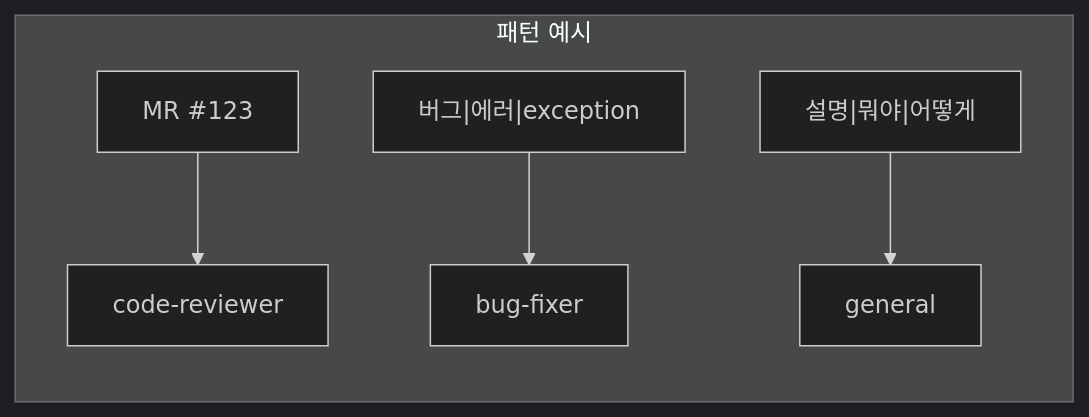
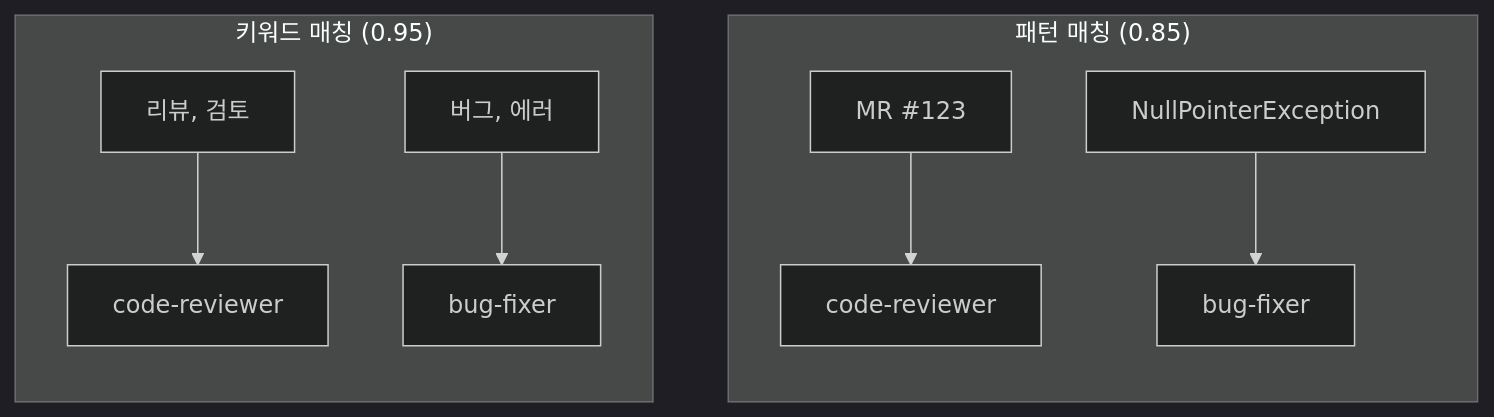
One commit to Gyeom/dev-notes changed the second of 4 diagrams in content/posts/2025-11-08-multi-stage-agent-routing.md. Above: the diagram before and after it, drawn with Mermaid (dark theme). The commit also changed other lines of this file and 2 other files, not shown here.

````diff
--- a/content/posts/2025-11-08-multi-stage-agent-routing.md
+++ b/content/posts/2025-11-08-multi-stage-agent-routing.md
@@ -68,8 +56,12 @@
 ```mermaid
 flowchart LR
-    subgraph Patterns["패턴 예시"]
-        P1["MR #123"] --> A1["code-reviewer"]
-        P2["버그|에러|exception"] --> A2["bug-fixer"]
-        P3["설명|뭐야|어떻게"] --> A3["general"]
+    subgraph Keywords["키워드 매칭 (0.95)"]
+        K1["리뷰, 검토"] --> KA["code-reviewer"]
+        K2["버그, 에러"] --> KB["bug-fixer"]
     end
+    subgraph Patterns["패턴 매칭 (0.85)"]
+        P1["MR #123"] --> PA["code-reviewer"]
+        P2["NullPointerException"] --> PB["bug-fixer"]
+    end
+    Keywords ~~~ Patterns
 ```
````
